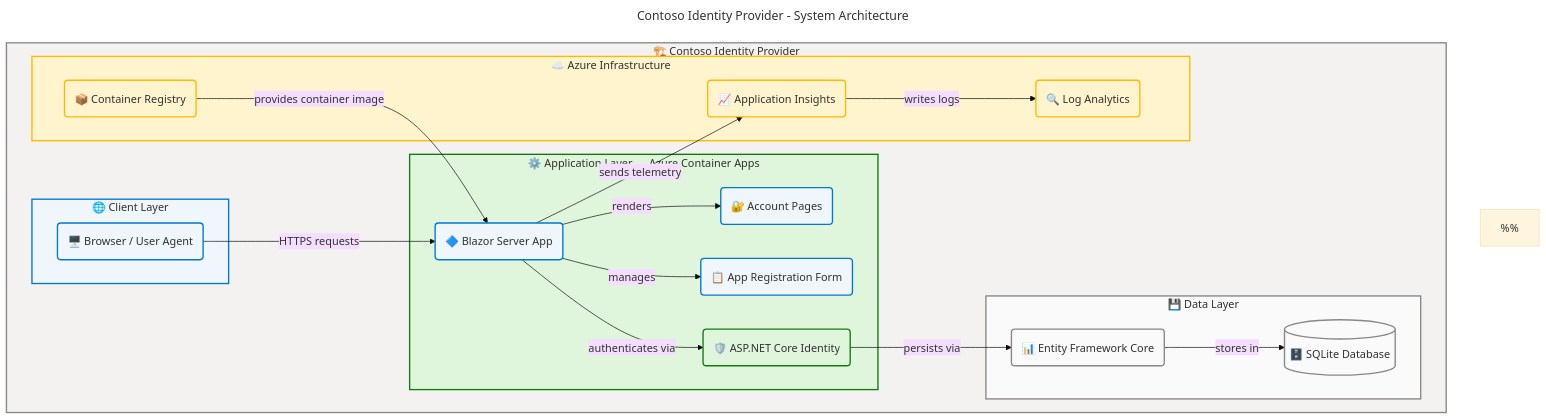
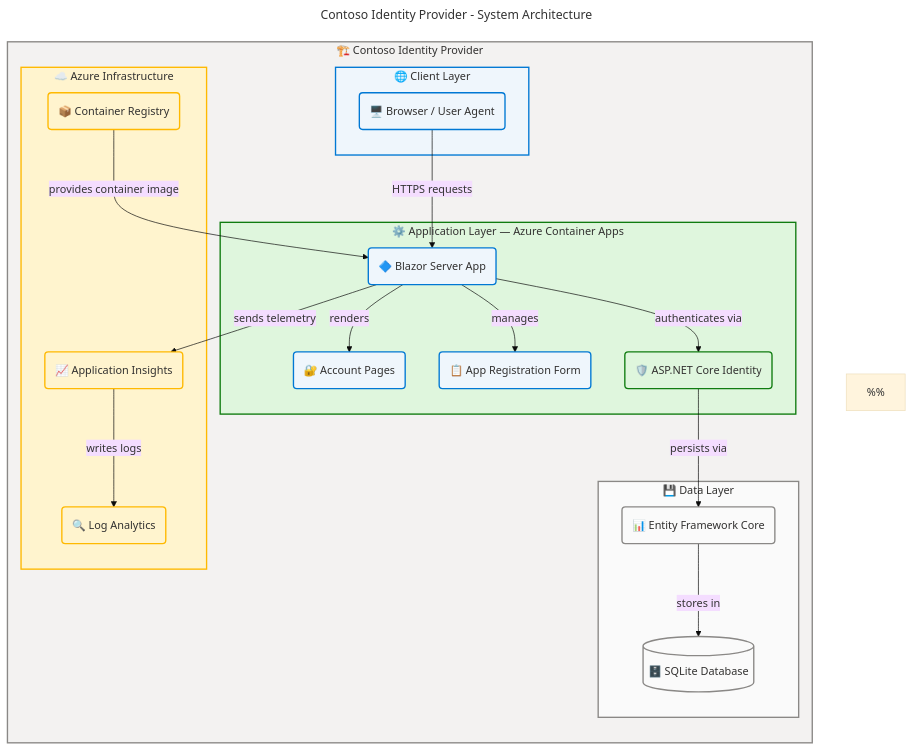
One commit to Evilazaro/IdentityProvider changed the diagram in README.md. Above: the diagram before and after it, drawn with Mermaid.

Commit message:
fix: adjust direction of client layer in architecture diagram

````diff
--- a/README.md
+++ b/README.md
@@ -39,73 +39,73 @@
 ```mermaid
 ---
 title: "Contoso Identity Provider - System Architecture"
 config:
   theme: base
   look: classic
   layout: dagre
   themeVariables:
     fontSize: '16px'
 ---
 flowchart TB
     accTitle: Contoso Identity Provider - System Architecture
     accDescr: Layered architecture showing a browser client connecting via HTTPS to a Blazor Server app hosted in Azure Container Apps, which uses ASP.NET Core Identity for authentication, Entity Framework Core for data access, SQLite for storage, Azure Container Registry for image hosting, and Application Insights plus Log Analytics for monitoring. WCAG AA compliant.
 
     %%
     %% AZURE / FLUENT ARCHITECTURE PATTERN v2.0
     %% (Semantic + Structural + Font + Accessibility Governance)
     %%
     %% PHASE 1 - FLUENT UI: All styling uses approved Fluent UI palette only
     %% PHASE 2 - GROUPS: Every subgraph has semantic color via style directive
     %% PHASE 3 - COMPONENTS: Every node has semantic classDef + icon prefix
     %% PHASE 4 - ACCESSIBILITY: accTitle/accDescr present, WCAG AA contrast
     %% PHASE 5 - STANDARD: Governance block present, classDefs centralized
     %%
 
     subgraph identitySystem["🏗️ Contoso Identity Provider"]
-
+        direction TB
         subgraph clientLayer["🌐 Client Layer"]
             browser("🖥️ Browser / User Agent"):::core
         end
 
         subgraph appLayer["⚙️ Application Layer — Azure Container Apps"]
             blazor("🔷 Blazor Server App"):::core
             account("🔐 Account Pages"):::core
             appReg("📋 App Registration Form"):::core
             aspIdentity("🛡️ ASP.NET Core Identity"):::success
         end
 
         subgraph dataLayer["💾 Data Layer"]
             efcore("📊 Entity Framework Core"):::neutral
             sqlite[("🗄️ SQLite Database")]:::neutral
         end
 
         subgraph infraLayer["☁️ Azure Infrastructure"]
             acr("📦 Container Registry"):::warning
             appInsights("📈 Application Insights"):::warning
             logAnalytics("🔍 Log Analytics"):::warning
         end
 
         browser -->|"HTTPS requests"| blazor
         blazor -->|"renders"| account
         blazor -->|"manages"| appReg
         blazor -->|"authenticates via"| aspIdentity
         aspIdentity -->|"persists via"| efcore
         efcore -->|"stores in"| sqlite
         acr -->|"provides container image"| blazor
         blazor -->|"sends telemetry"| appInsights
         appInsights -->|"writes logs"| logAnalytics
 
     end
 
     style identitySystem fill:#F3F2F1,stroke:#8A8886,stroke-width:2px,color:#323130
     style clientLayer fill:#EFF6FC,stroke:#0078D4,stroke-width:2px,color:#323130
     style appLayer fill:#DFF6DD,stroke:#107C10,stroke-width:2px,color:#323130
     style dataLayer fill:#FAFAFA,stroke:#8A8886,stroke-width:2px,color:#323130
     style infraLayer fill:#FFF4CE,stroke:#FFB900,stroke-width:2px,color:#323130
 
     %% Centralized semantic classDefs (Phase 5 compliant)
     classDef neutral fill:#FAFAFA,stroke:#8A8886,stroke-width:2px,color:#323130
     classDef core fill:#EFF6FC,stroke:#0078D4,stroke-width:2px,color:#323130
     classDef success fill:#DFF6DD,stroke:#107C10,stroke-width:2px,color:#323130
     classDef warning fill:#FFF4CE,stroke:#FFB900,stroke-width:2px,color:#323130
 ```
````
